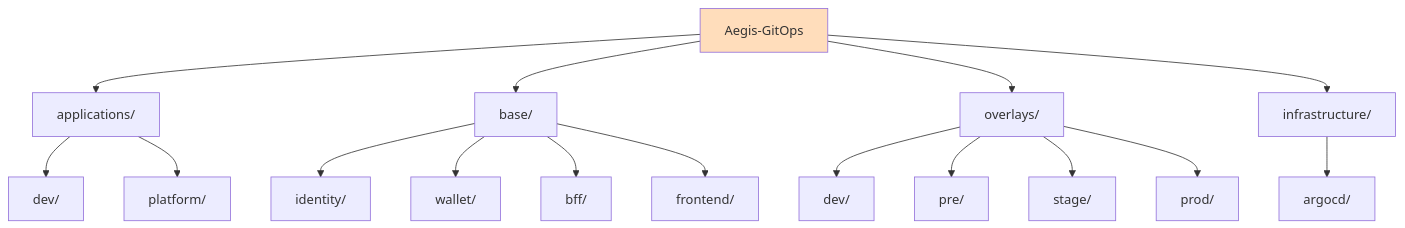
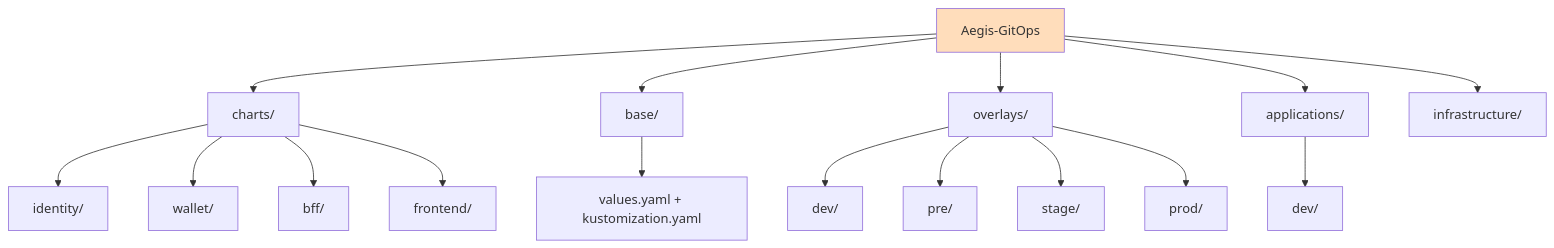
One commit to AlexAlvarezGallardo-GitHub/Aegis-GitOps changed the third of 3 diagrams in README.md. Above: the diagram before and after it, drawn with Mermaid. The commit also changed other lines of this file, not shown here.

Commit message:
docs: document helm charts and overlay strategy (sprint 3)

````diff
--- a/README.md
+++ b/README.md
@@ -78,21 +80,24 @@
 ```mermaid
 graph TB
-    Repo[Aegis-GitOps] --> Apps[applications/]
+    Repo[Aegis-GitOps] --> Charts[charts/]
     Repo --> Base[base/]
     Repo --> Overlays[overlays/]
+    Repo --> Apps[applications/]
     Repo --> Infra[infrastructure/]
 
+    Charts --> ChIdentity[identity/]
+    Charts --> ChWallet[wallet/]
+    Charts --> ChBff[bff/]
+    Charts --> ChFrontend[frontend/]
+
+    Base --> BaseValues[values.yaml + kustomization.yaml]
+
+    Overlays --> ODev[dev/]
+    Overlays --> OPre[pre/]
+    Overlays --> OStage[stage/]
+    Overlays --> OProd[prod/]
+
     Apps --> AppsDev[dev/]
-    Apps --> AppsPlatform[platform/]
-    Base --> BaseIdentity[identity/]
-    Base --> BaseWallet[wallet/]
-    Base --> BaseBff[bff/]
-    Base --> BaseFrontend[frontend/]
-    Overlays --> OverlaysDev[dev/]
-    Overlays --> OverlaysPre[pre/]
-    Overlays --> OverlaysStage[stage/]
-    Overlays --> OverlaysProd[prod/]
-    Infra --> InfraArgocd[argocd/]
 
     style Repo fill:#fdb
 ```
````
